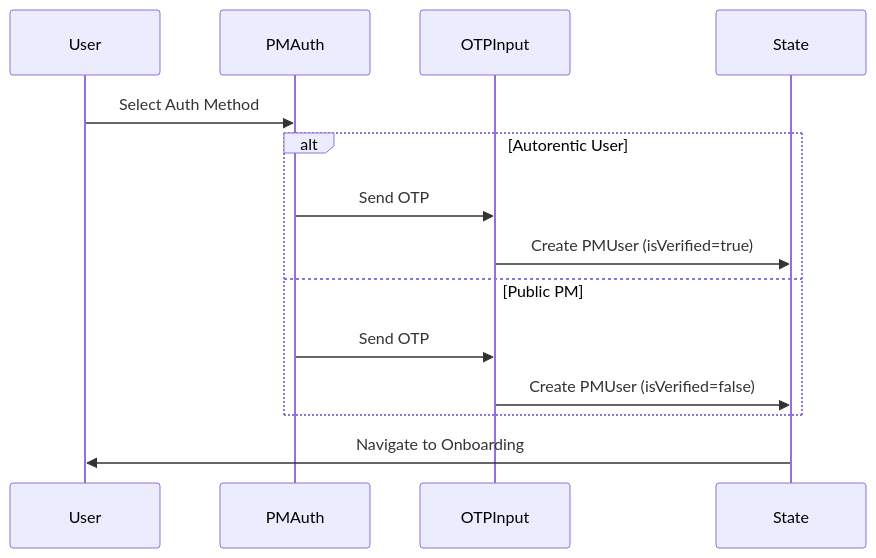
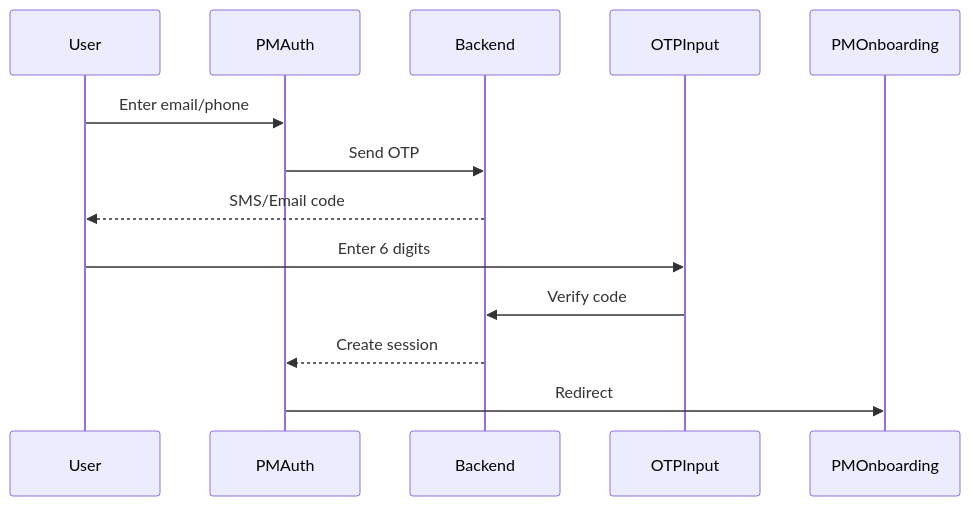
The second of 4 diagrams in tasks/property-marketplace/property-manager-flow/current.md (Lyanaaaaa/NgamStay), drawn with Mermaid before and after one commit. The commit also changed other lines of this file and 6 other files, not shown here.

````diff
--- a/tasks/property-marketplace/property-manager-flow/current.md
+++ b/tasks/property-marketplace/property-manager-flow/current.md
@@ -68,17 +44,10 @@
 ```mermaid
 sequenceDiagram
-    participant U as User
-    participant PM as PMAuth
-    participant OTP as OTPInput
-    participant DB as State
-
-    U->>PM: Select Auth Method
-    alt Autorentic User
-        PM->>OTP: Send OTP
-        OTP->>DB: Create PMUser (isVerified=true)
-    else Public PM
-        PM->>OTP: Send OTP
-        OTP->>DB: Create PMUser (isVerified=false)
-    end
-    DB->>U: Navigate to Onboarding
+    User->>PMAuth: Enter email/phone
+    PMAuth->>Backend: Send OTP
+    Backend-->>User: SMS/Email code
+    User->>OTPInput: Enter 6 digits
+    OTPInput->>Backend: Verify code
+    Backend-->>PMAuth: Create session
+    PMAuth->>PMOnboarding: Redirect
 ```
````
